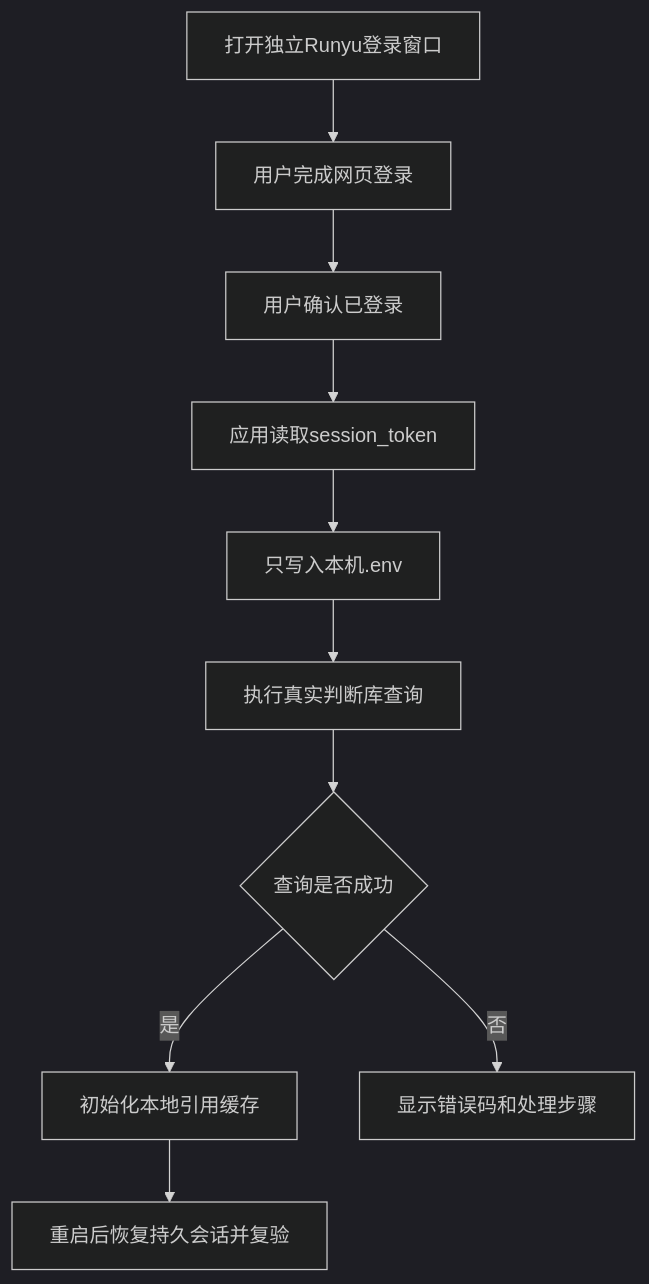
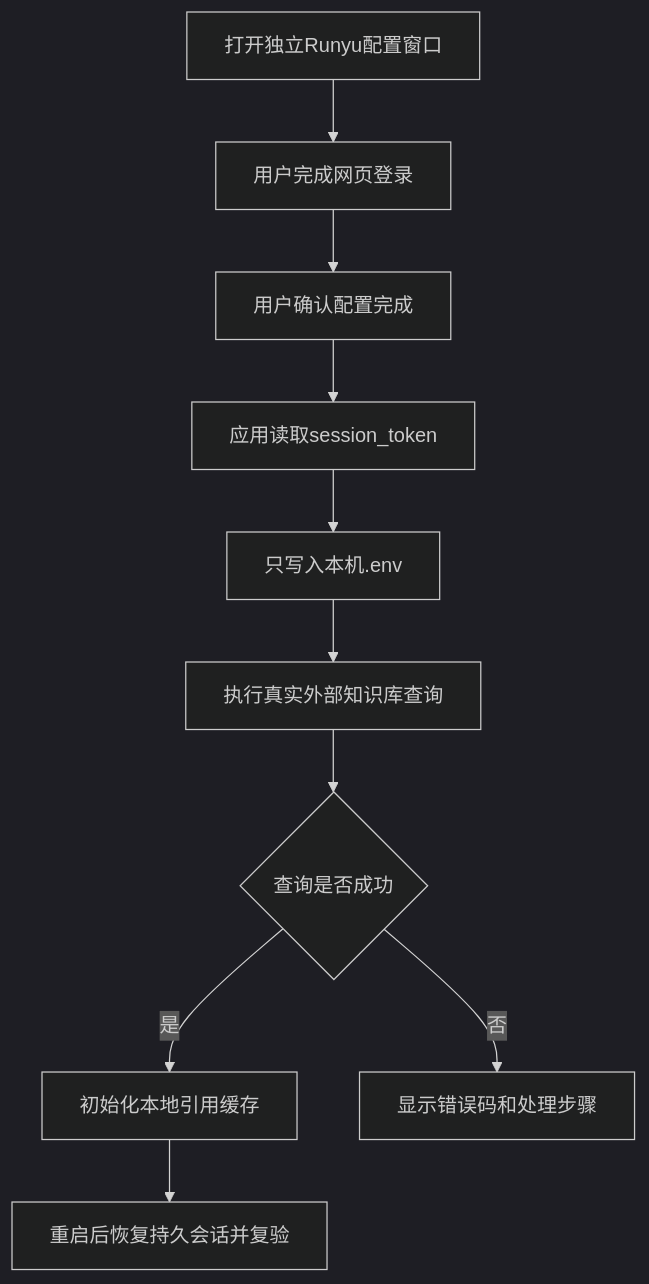
Before and after one commit to JahanHe/wechat-autoreply: the eighth of 9 diagrams in docs/project-journey.md, drawn with Mermaid (dark theme). The commit also changed other lines of this file and 43 other files, not shown here.

````diff
--- a/docs/project-journey.md
+++ b/docs/project-journey.md
@@ -458,12 +458,12 @@
 ```mermaid
 flowchart TD
-  A["打开独立Runyu登录窗口"] --> B["用户完成网页登录"]
-  B --> C["用户确认已登录"]
+  A["打开独立Runyu配置窗口"] --> B["用户完成网页登录"]
+  B --> C["用户确认配置完成"]
   C --> D["应用读取session_token"]
   D --> E["只写入本机.env"]
-  E --> F["执行真实判断库查询"]
+  E --> F["执行真实外部知识库查询"]
   F --> G{"查询是否成功"}
   G -- "是" --> H["初始化本地引用缓存"]
   G -- "否" --> I["显示错误码和处理步骤"]
   H --> J["重启后恢复持久会话并复验"]
 ```
````
